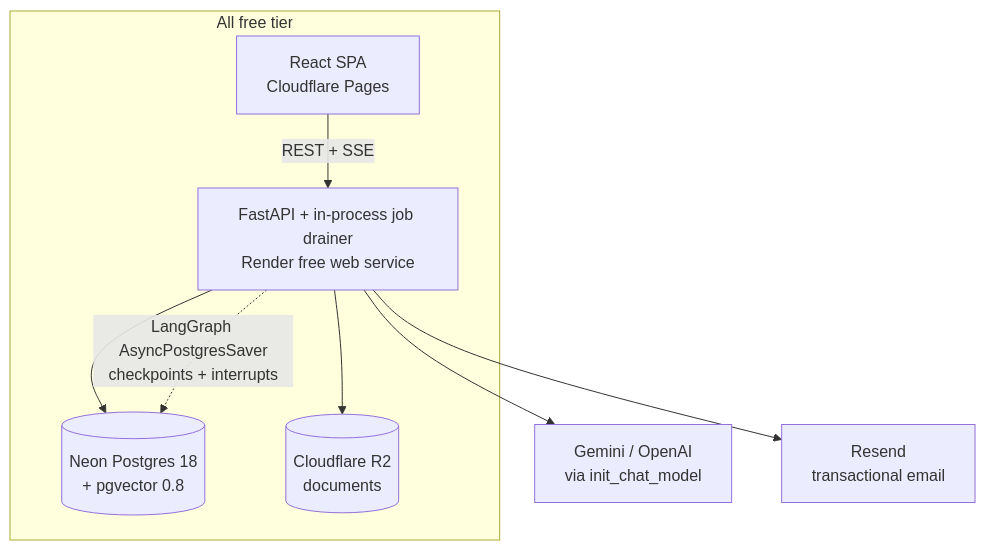
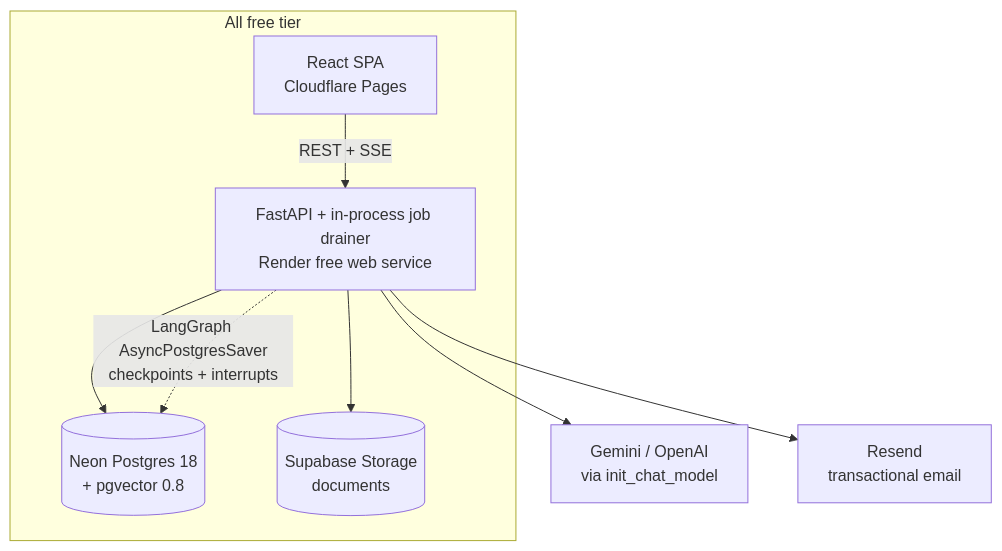
Before and after one commit to ToxicNalin/ai-workspace-assistant: the diagram in docs/SPEC-v2.md, drawn with Mermaid. The commit also changed other lines of this file and 7 other files, not shown here.

First line of the commit message:
Finish the move to Supabase Storage

````diff
--- a/docs/SPEC-v2.md
+++ b/docs/SPEC-v2.md
@@ -102,18 +103,18 @@
 ```mermaid
 flowchart TD
     subgraph free["All free tier"]
         FE["React SPA<br/>Cloudflare Pages"]
         API["FastAPI + in-process job drainer<br/>Render free web service"]
         DB[("Neon Postgres 18<br/>+ pgvector 0.8")]
-        R2[("Cloudflare R2<br/>documents")]
+        R2[("Supabase Storage<br/>documents")]
     end
     LLM["Gemini / OpenAI<br/>via init_chat_model"]
     MAIL["Resend<br/>transactional email"]
 
     FE -->|"REST + SSE"| API
     API --> DB
     API --> R2
     API --> LLM
     API --> MAIL
     API -.->|"LangGraph AsyncPostgresSaver<br/>checkpoints + interrupts"| DB
 ```
````
